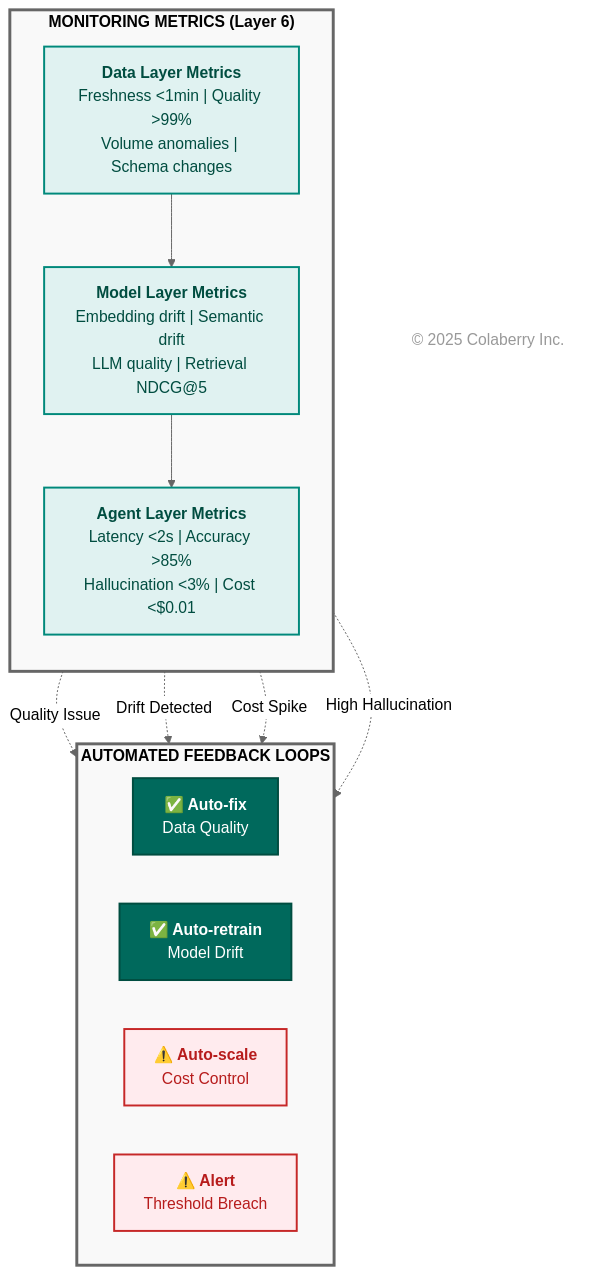
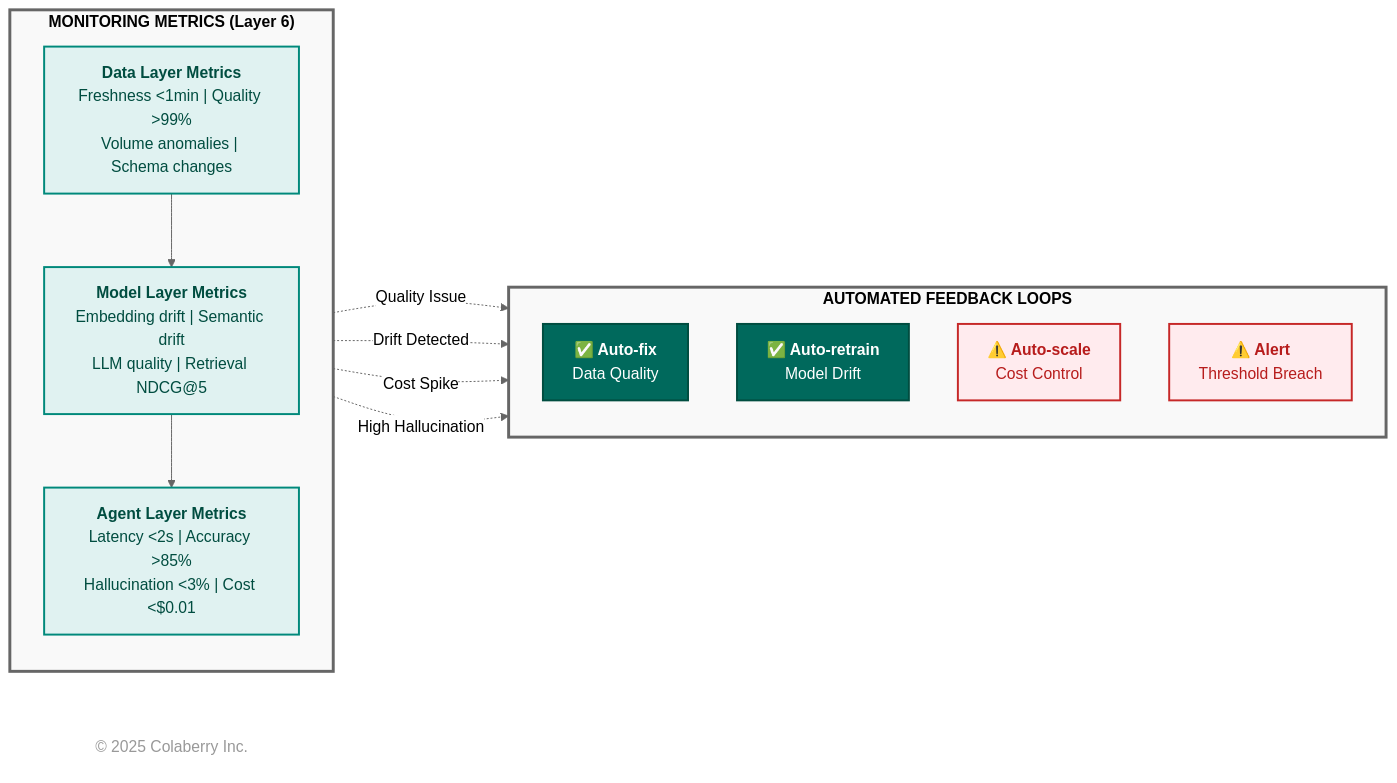
Diagram 12 of 18 in chapter-01/chapter_1_complete.md (colaberry/enterprise-data-readiness-ai-agents), drawn with Mermaid (neutral theme) before and after one commit. The commit also changed other lines of this file, not shown here.

First line of the commit message:
diagrams made efficient with space

````diff
--- a/chapter-01/chapter_1_complete.md
+++ b/chapter-01/chapter_1_complete.md
@@ -1831,48 +1820,46 @@
 ```mermaid
-graph TB
+graph LR
     subgraph metrics["<b>MONITORING METRICS (Layer 6)</b>"]
         direction TB
         
         DATA["<b>Data Layer Metrics</b><br/>Freshness <1min | Quality >99%<br/>Volume anomalies | Schema changes"]
         
         MODEL["<b>Model Layer Metrics</b><br/>Embedding drift | Semantic drift<br/>LLM quality | Retrieval NDCG@5"]
         
         AGENT["<b>Agent Layer Metrics</b><br/>Latency <2s | Accuracy >85%<br/>Hallucination <3% | Cost <$0.01"]
         
         DATA --> MODEL
         MODEL --> AGENT
     end
     
     subgraph feedback["<b>AUTOMATED FEEDBACK LOOPS</b>"]
-        direction LR
+        direction TB
         
         FB1["<b>✅ Auto-fix</b><br/>Data Quality"]
         FB2["<b>✅ Auto-retrain</b><br/>Model Drift"]
         FB3["<b>⚠️ Auto-scale</b><br/>Cost Control"]
         FB4["<b>⚠️ Alert</b><br/>Threshold Breach"]
     end
     
     DATA -.->|Quality Issue| FB1
     MODEL -.->|Drift Detected| FB2
     AGENT -.->|Cost Spike| FB3
     AGENT -.->|High Hallucination| FB4
-    
-    %% Link styling
     
     style metrics fill:#f9f9f9,stroke:#666666,stroke-width:3px,color:#000000
     style DATA fill:#e0f2f1,stroke:#00897b,stroke-width:2px,color:#004d40
     style MODEL fill:#e0f2f1,stroke:#00897b,stroke-width:2px,color:#004d40
     style AGENT fill:#e0f2f1,stroke:#00897b,stroke-width:2px,color:#004d40
     
     style feedback fill:#f9f9f9,stroke:#666666,stroke-width:3px,color:#000000
     style FB1 fill:#00695c,color:#ffffff,stroke:#004d40,stroke-width:2px
     style FB2 fill:#00695c,color:#ffffff,stroke:#004d40,stroke-width:2px
     style FB3 fill:#ffebee,stroke:#c62828,stroke-width:2px,color:#b71c1c
     style FB4 fill:#ffebee,stroke:#c62828,stroke-width:2px,color:#b71c1c
 
     %% Copyright Notice
     CR["© 2025 Colaberry Inc."]
     style CR fill:none,stroke:none,color:#999999
 
 
 ```
````
